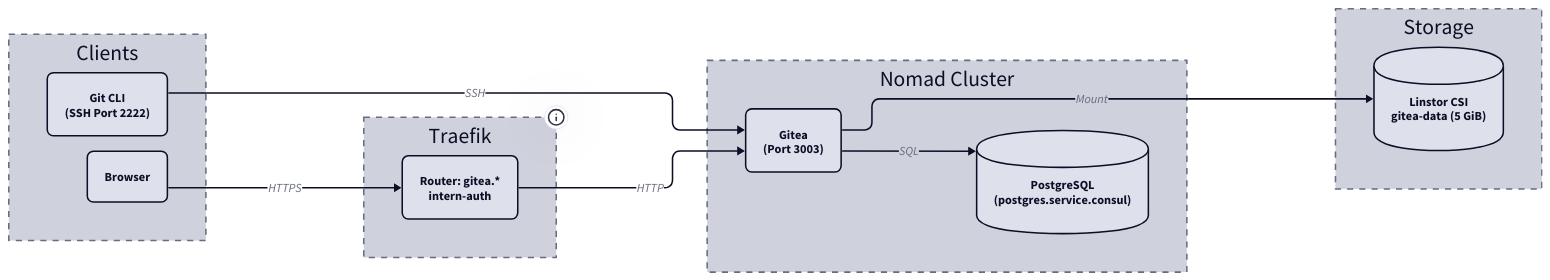
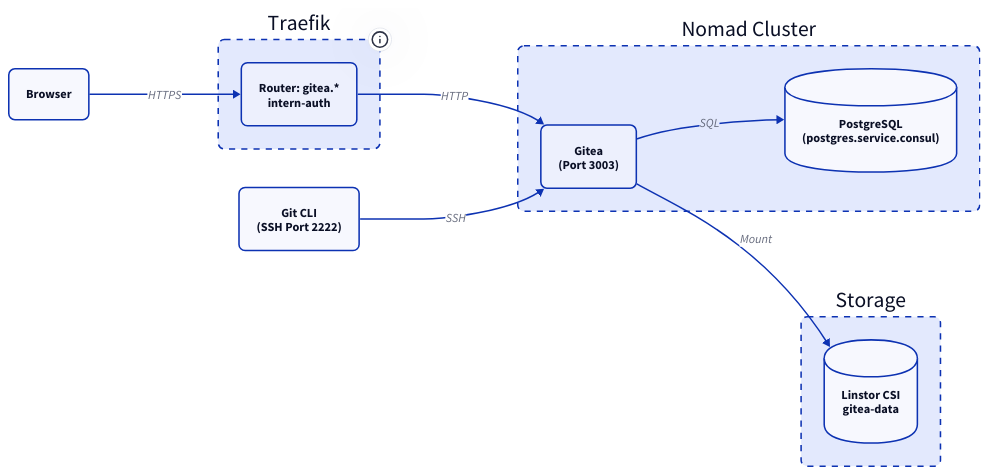
One commit to derever-labs/homelab-wiki changed the diagram in docs/gitea/index.md. Above: the diagram before and after it, drawn with D2. The commit also changed 10 other files, not shown here.

First line of the commit message:
docs(identity): Diagramme fuer TALA ueberarbeiten (Batch B4) (#99)

````diff
--- a/docs/gitea/index.md
+++ b/docs/gitea/index.md
@@ -27,46 +27,34 @@
 ```d2
-vars: {
-  d2-config: {
-    theme-id: 1
-    layout-engine: elk
-  }
-}
 direction: right
 
 classes: {
-  node: {
-    style: {
-      border-radius: 8
-    }
-  }
+  node: { style: { border-radius: 8 } }
+  container: { style: { border-radius: 8; stroke-dash: 4 } }
 }
 
-Clients: {
-  style.stroke-dash: 4
-  GIT: "Git CLI\n(SSH Port 2222)" { class: node }
-  WEB: Browser { class: node }
-}
+GIT: "Git CLI\n(SSH Port 2222)" { class: node }
+WEB: Browser { class: node }
 
 Traefik: Traefik {
-  style.stroke-dash: 4
+  class: container
   tooltip: 10.0.2.20
   R1: "Router: gitea.*\nintern-auth" { class: node }
 }
 
 Nomad: Nomad Cluster {
-  style.stroke-dash: 4
+  class: container
   GT: "Gitea\n(Port 3003)" { class: node }
   PG: "PostgreSQL\n(postgres.service.consul)" { shape: cylinder }
 }
 
 Storage: {
-  style.stroke-dash: 4
-  CSI: "Linstor CSI\ngitea-data (5 GiB)" { shape: cylinder }
+  class: container
+  CSI: "Linstor CSI\ngitea-data" { shape: cylinder }
 }
 
-Clients.WEB -> Traefik.R1: HTTPS
+WEB -> Traefik.R1: HTTPS
 Traefik.R1 -> Nomad.GT: HTTP
-Clients.GIT -> Nomad.GT: SSH
+GIT -> Nomad.GT: SSH
 Nomad.GT -> Nomad.PG: SQL
 Nomad.GT -> Storage.CSI: Mount
 ```
````
